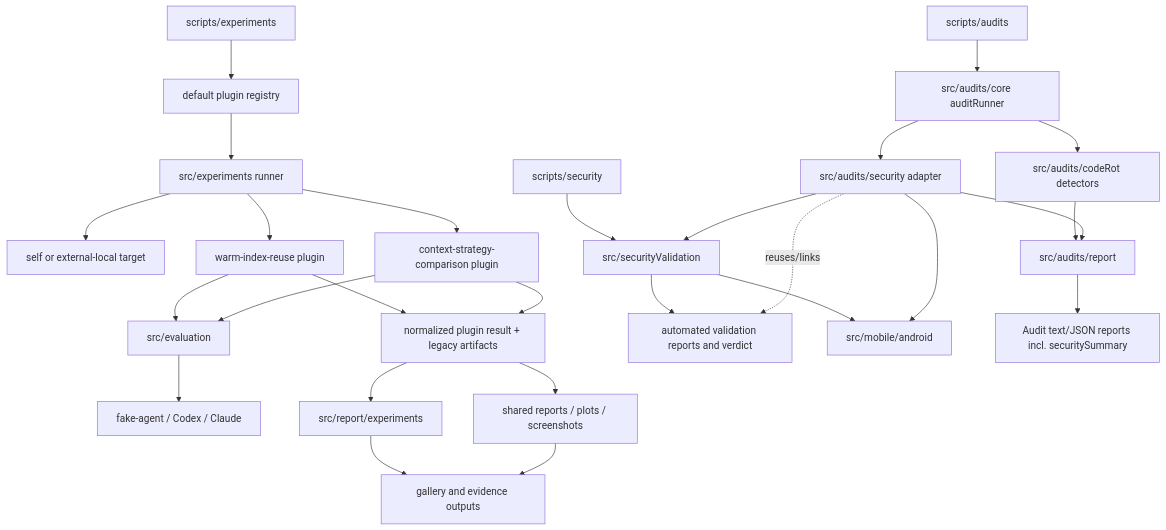
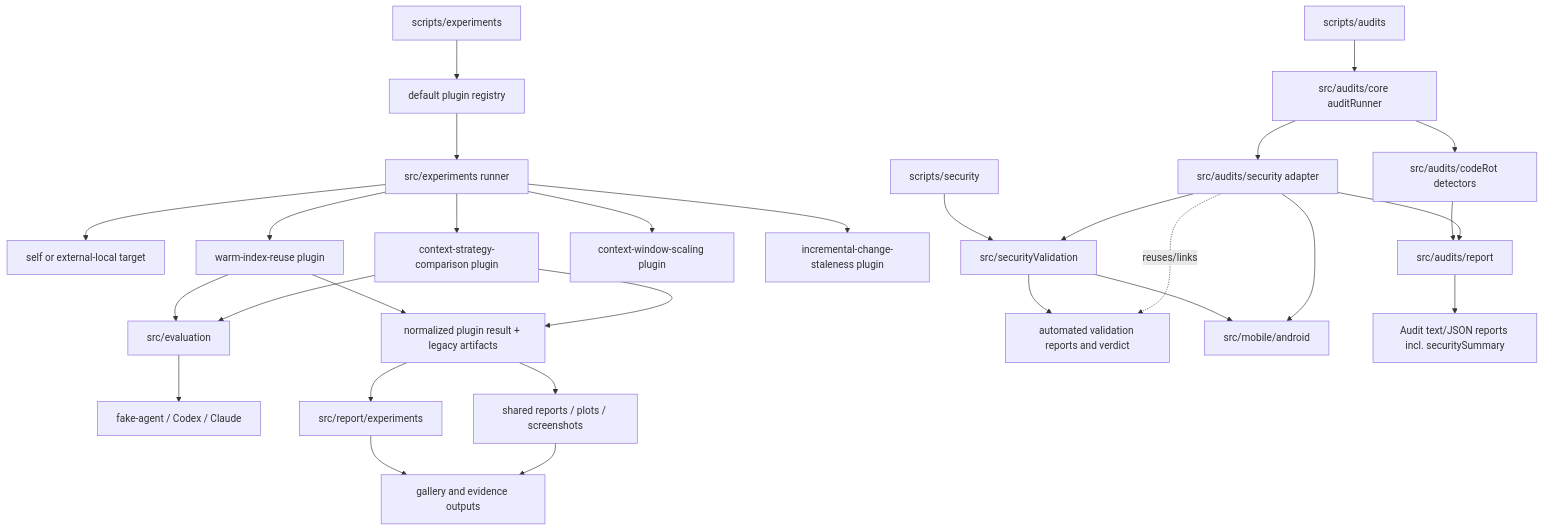
Before and after one commit to dailephd/my-dev-kit-lab: the first of 12 diagrams in docs/ARCHITECTURE.md, drawn with Mermaid. The commit also changed other lines of this file and 10 other files, not shown here.

````diff
--- a/docs/ARCHITECTURE.md
+++ b/docs/ARCHITECTURE.md
@@ -79,31 +81,33 @@
 ```mermaid
 flowchart TD
   CLI[scripts/experiments] --> Registry[default plugin registry]
   Registry --> Runner[src/experiments runner]
   Runner --> Target[self or external-local target]
   Runner --> Plugin[context-strategy-comparison plugin]
   Runner --> WarmPlugin[warm-index-reuse plugin]
+  Runner --> ScalingPlugin[context-window-scaling plugin]
+  Runner --> IncrementalPlugin[incremental-change-staleness plugin]
   WarmPlugin --> Evaluation
   WarmPlugin --> Results
   Plugin --> Evaluation[src/evaluation]
   Evaluation --> Agents[fake-agent / Codex / Claude]
   Plugin --> Results[normalized plugin result + legacy artifacts]
   Results --> PluginReports[src/report/experiments]
   Results --> SharedReports[shared reports / plots / screenshots]
   PluginReports --> Gallery[gallery and evidence outputs]
   SharedReports --> Gallery
 
   SecurityCLI[scripts/security] --> Security[src/securityValidation]
   Security --> SecurityReports[automated validation reports and verdict]
   Security --> Android[src/mobile/android]
 
   AuditCLI[scripts/audits] --> AuditRunner[src/audits/core auditRunner]
   AuditRunner --> CodeRotDetectors[src/audits/codeRot detectors]
   AuditRunner --> SecurityAdapter[src/audits/security adapter]
   SecurityAdapter --> Security
   SecurityAdapter --> Android
   CodeRotDetectors --> AuditReportModel[src/audits/report]
   SecurityAdapter --> AuditReportModel
   AuditReportModel --> AuditReports[Audit text/JSON reports incl. securitySummary]
   SecurityAdapter -.reuses/links.-> SecurityReports
 ```
````
